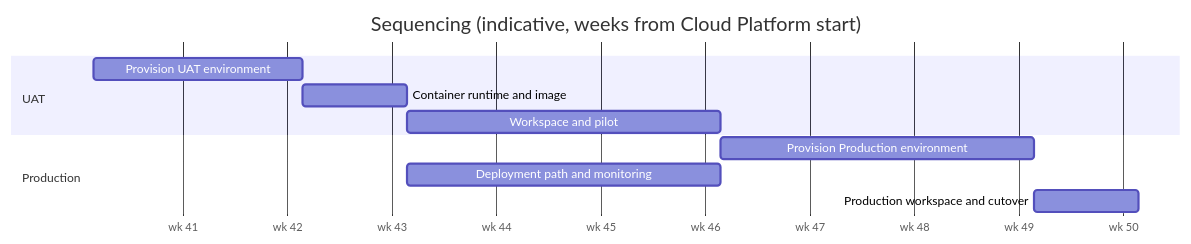
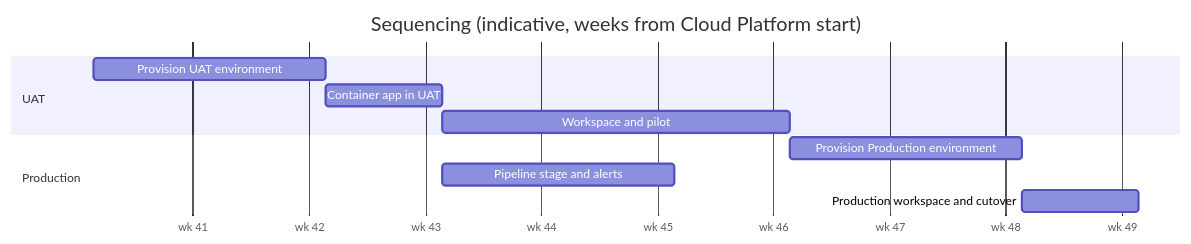
One commit to cgbarlow/gantry changed the diagram in instances/gantry/modules/soap-full-details.md. Above: the diagram before and after it, drawn with Mermaid. The commit also changed other lines of this file and 11 other files, not shown here.

````diff
--- a/instances/gantry/modules/soap-full-details.md
+++ b/instances/gantry/modules/soap-full-details.md
@@ -37,14 +37,14 @@
 ```mermaid
 gantt
   title Sequencing (indicative, weeks from Cloud Platform start)
   dateFormat  YYYY-MM-DD
   axisFormat  wk %U
   section UAT
   Provision UAT environment        :u1, 2026-10-05, 2w
-  Container runtime and image      :u2, after u1, 1w
+  Container app in UAT             :u2, after u1, 1w
   Workspace and pilot              :u3, after u2, 3w
   section Production
-  Provision Production environment :p1, after u3, 3w
-  Deployment path and monitoring   :p2, after u2, 3w
+  Provision Production environment :p1, after u3, 2w
+  Pipeline stage and alerts        :p2, after u2, 2w
   Production workspace and cutover :p3, after p1, 1w
 ```
````
